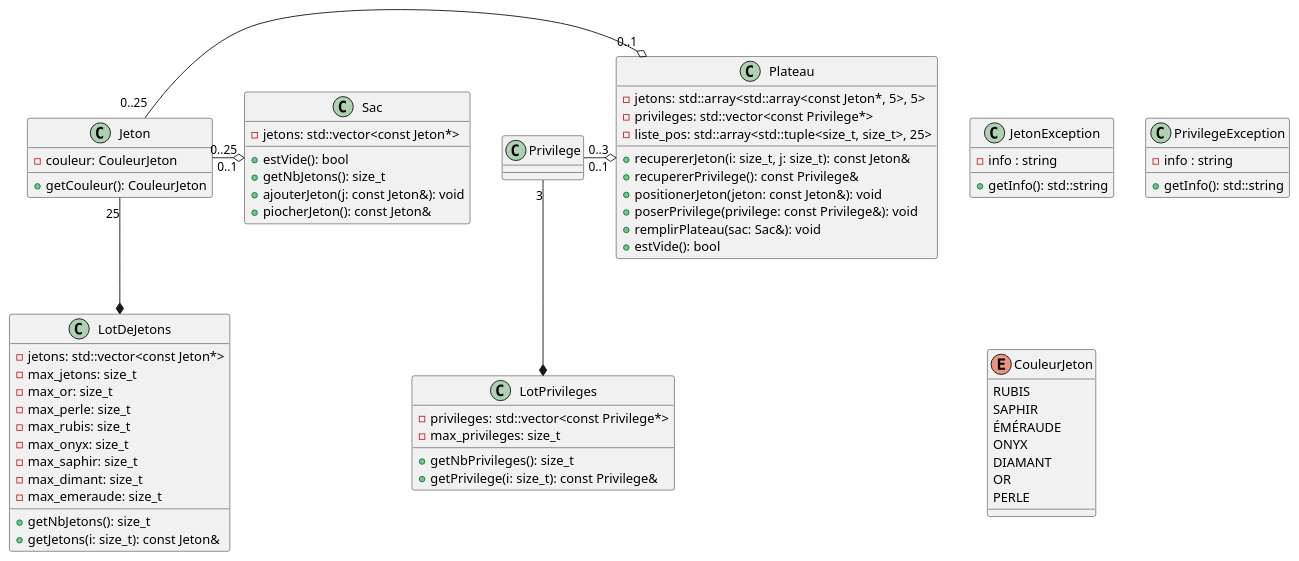
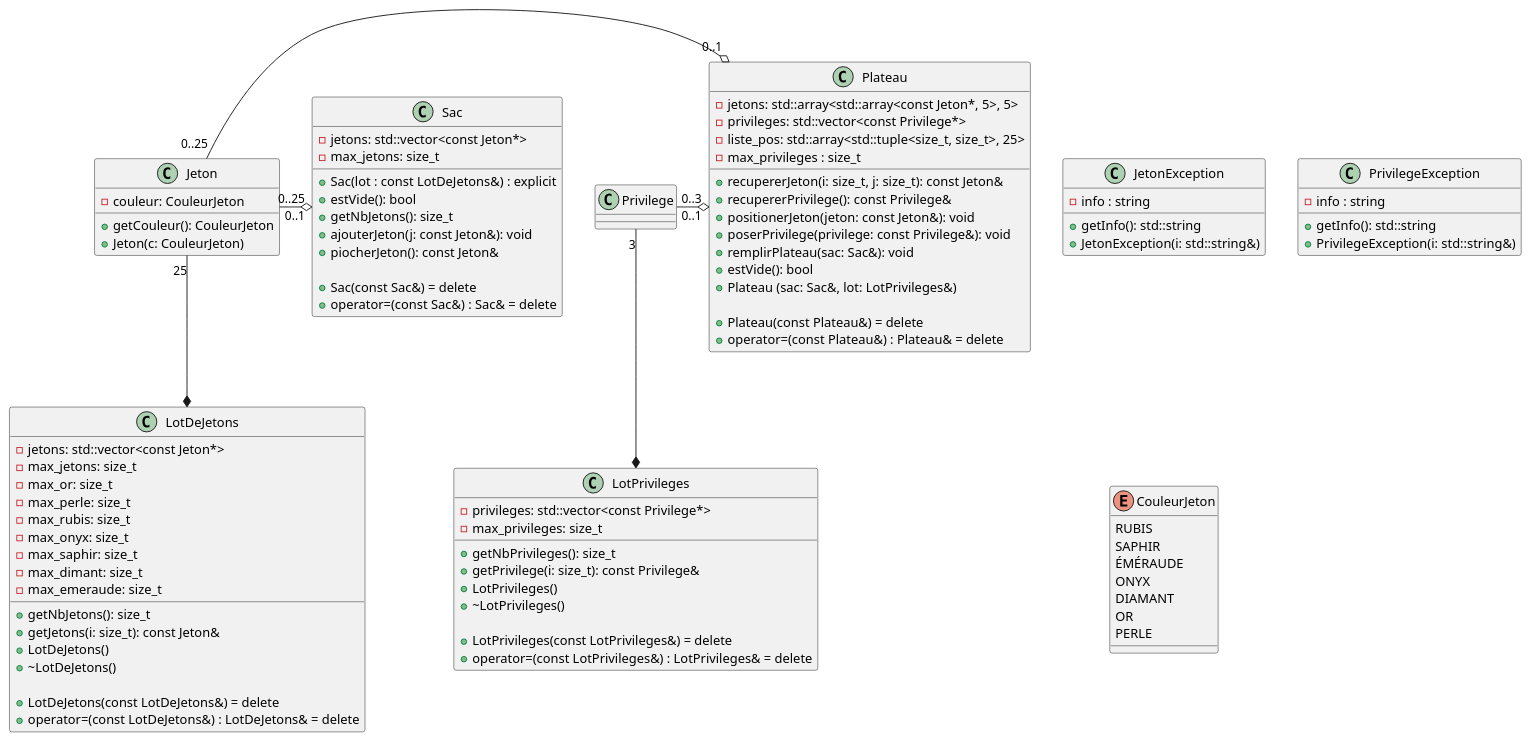
Before and after one commit to theguega/OOP-Board-Game: the diagram in source/UML/jetons.plantuml, drawn with PlantUML. The commit also changed 1 other file, not shown here.

Commit message:
update uml

```diff
--- a/source/UML/jetons.plantuml
+++ b/source/UML/jetons.plantuml
@@ -1,80 +1,103 @@
 @startuml jetons
 
 class JetonException {
   - info : string
   + getInfo(): std::string
+  + JetonException(i: std::string&)
 }
 
 class PrivilegeException {
   - info : string
   + getInfo(): std::string
+  + PrivilegeException(i: std::string&)
 }
 
 enum CouleurJeton {
   RUBIS
   SAPHIR
   ÉMÉRAUDE
   ONYX
   DIAMANT
   OR
   PERLE
 }
 
 class Jeton {
   - couleur: CouleurJeton
   + getCouleur(): CouleurJeton
+  + Jeton(c: CouleurJeton)
 }
 
 class LotDeJetons {
   - jetons: std::vector<const Jeton*>
   - max_jetons: size_t
   - max_or: size_t
   - max_perle: size_t
   - max_rubis: size_t
   - max_onyx: size_t
   - max_saphir: size_t
   - max_dimant: size_t
   - max_emeraude: size_t
   + getNbJetons(): size_t
   + getJetons(i: size_t): const Jeton&
+  + LotDeJetons()
+  + ~LotDeJetons()
+
+  + LotDeJetons(const LotDeJetons&) = delete
+  + operator=(const LotDeJetons&) : LotDeJetons& = delete
 }
 
 class Privilege {
 }
 
 class LotPrivileges {
   - privileges: std::vector<const Privilege*>
   - max_privileges: size_t
   + getNbPrivileges(): size_t
   + getPrivilege(i: size_t): const Privilege&
+  + LotPrivileges()
+  + ~LotPrivileges()
+
+  + LotPrivileges(const LotPrivileges&) = delete
+  + operator=(const LotPrivileges&) : LotPrivileges& = delete
 }
 
 class Sac {
   - jetons: std::vector<const Jeton*>
+  - max_jetons: size_t
+  + Sac(lot : const LotDeJetons&) : explicit
   + estVide(): bool
   + getNbJetons(): size_t
   + ajouterJeton(j: const Jeton&): void
   + piocherJeton(): const Jeton&
+
+  + Sac(const Sac&) = delete
+  + operator=(const Sac&) : Sac& = delete
 }
 
 class Plateau {
   - jetons: std::array<std::array<const Jeton*, 5>, 5>
   - privileges: std::vector<const Privilege*>
   - liste_pos: std::array<std::tuple<size_t, size_t>, 25>
+  - max_privileges : size_t
   + recupererJeton(i: size_t, j: size_t): const Jeton&
   + recupererPrivilege(): const Privilege&
   + positionerJeton(jeton: const Jeton&): void
   + poserPrivilege(privilege: const Privilege&): void
   + remplirPlateau(sac: Sac&): void
   + estVide(): bool
+  + Plateau (sac: Sac&, lot: LotPrivileges&)
+
+  + Plateau(const Plateau&) = delete
+  + operator=(const Plateau&) : Plateau& = delete
 }
 
 Jeton "25" --* LotDeJetons
 Jeton "0..25" -o "0..1" Sac
 
 Privilege "3" --* LotPrivileges
 
 Jeton "0..25" -o "0..1" Plateau
 Privilege "0..3" -o "0..1" Plateau
 
 @enduml
```
